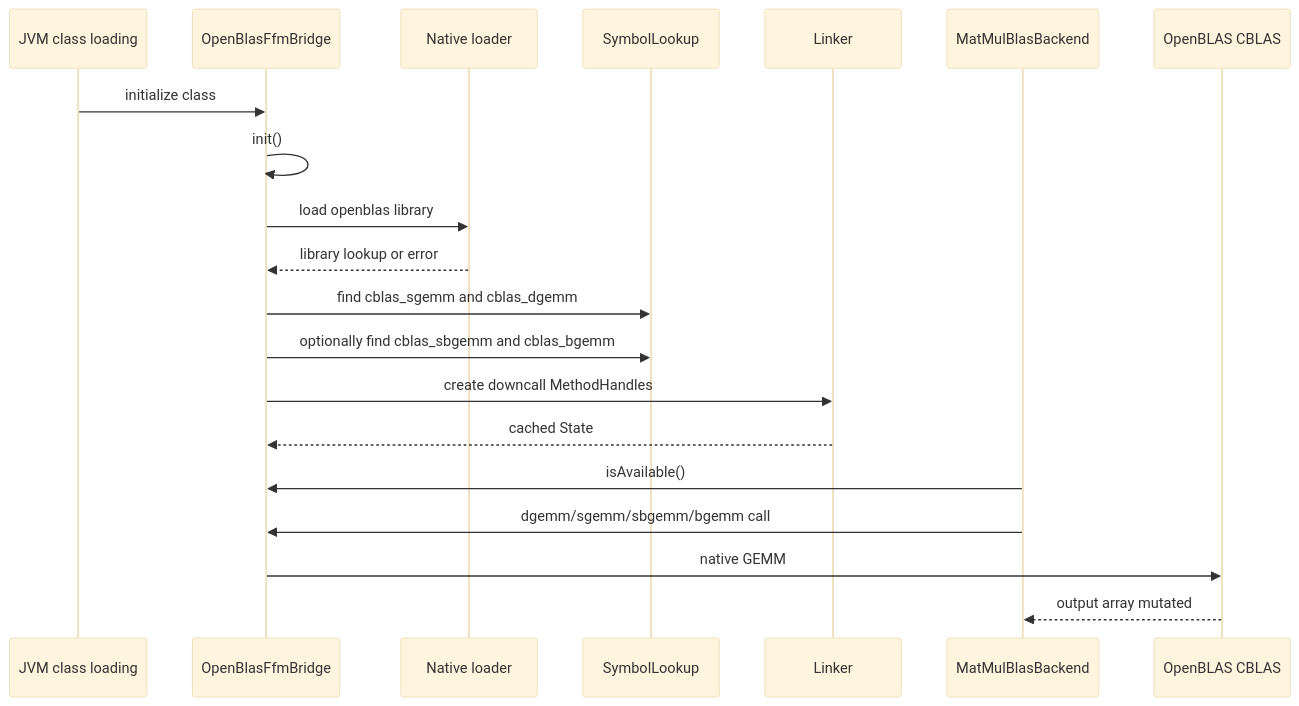
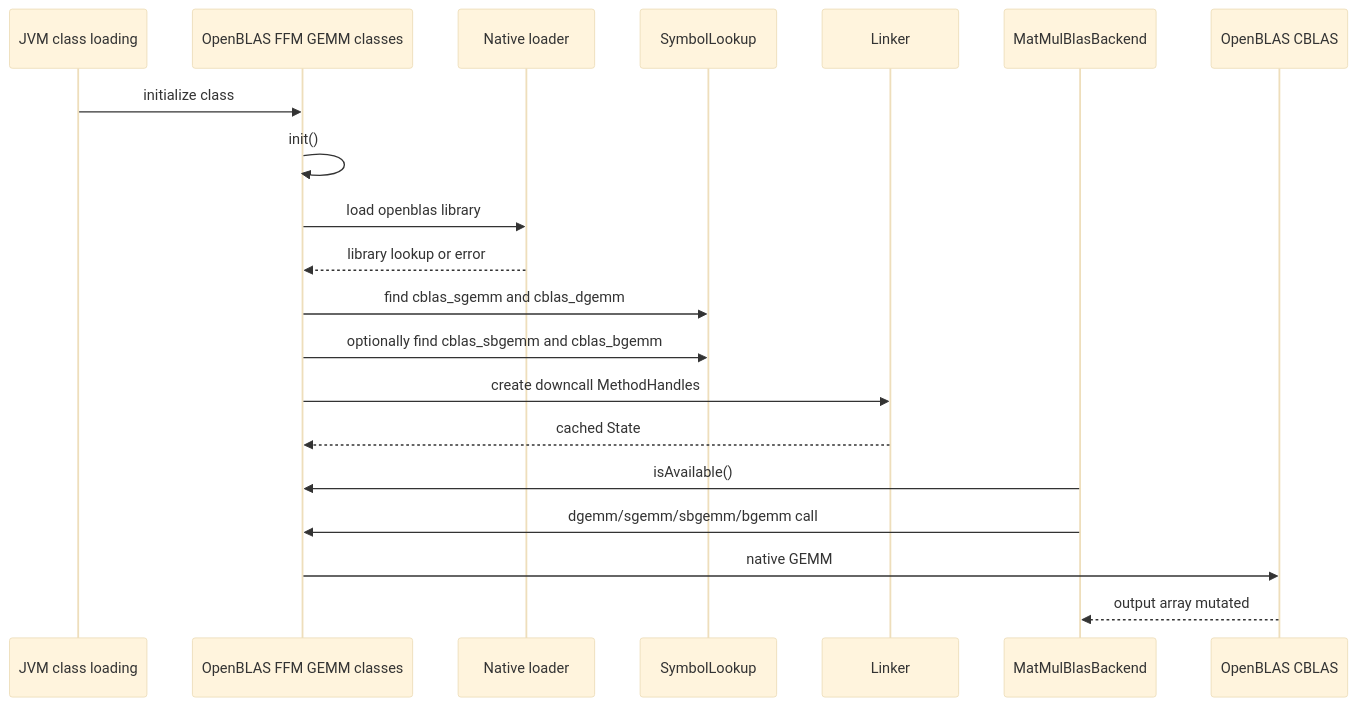
One commit to pho001/Synaptik changed the first of 2 diagrams in docs/native-bridges-and-blas.md. Above: the diagram before and after it, drawn with Mermaid (base theme). The commit also changed other lines of this file and 7 other files, not shown here.

Commit message:
docs: update OpenBLAS FFM split references

````diff
--- a/docs/native-bridges-and-blas.md
+++ b/docs/native-bridges-and-blas.md
@@ -572,23 +578,23 @@
 ```mermaid
 sequenceDiagram
     participant JVM as JVM class loading
-    participant Bridge as OpenBlasFfmBridge
+    participant Bridge as OpenBLAS FFM GEMM classes
     participant Loader as Native loader
     participant Lookup as SymbolLookup
     participant Linker as Linker
     participant Kernel as MatMulBlasBackend
     participant BLAS as OpenBLAS CBLAS
 
     JVM->>Bridge: initialize class
     Bridge->>Bridge: init()
     Bridge->>Loader: load openblas library
     Loader-->>Bridge: library lookup or error
     Bridge->>Lookup: find cblas_sgemm and cblas_dgemm
     Bridge->>Lookup: optionally find cblas_sbgemm and cblas_bgemm
     Bridge->>Linker: create downcall MethodHandles
     Linker-->>Bridge: cached State
     Kernel->>Bridge: isAvailable()
     Kernel->>Bridge: dgemm/sgemm/sbgemm/bgemm call
     Bridge->>BLAS: native GEMM
     BLAS-->>Kernel: output array mutated
 ```
````
